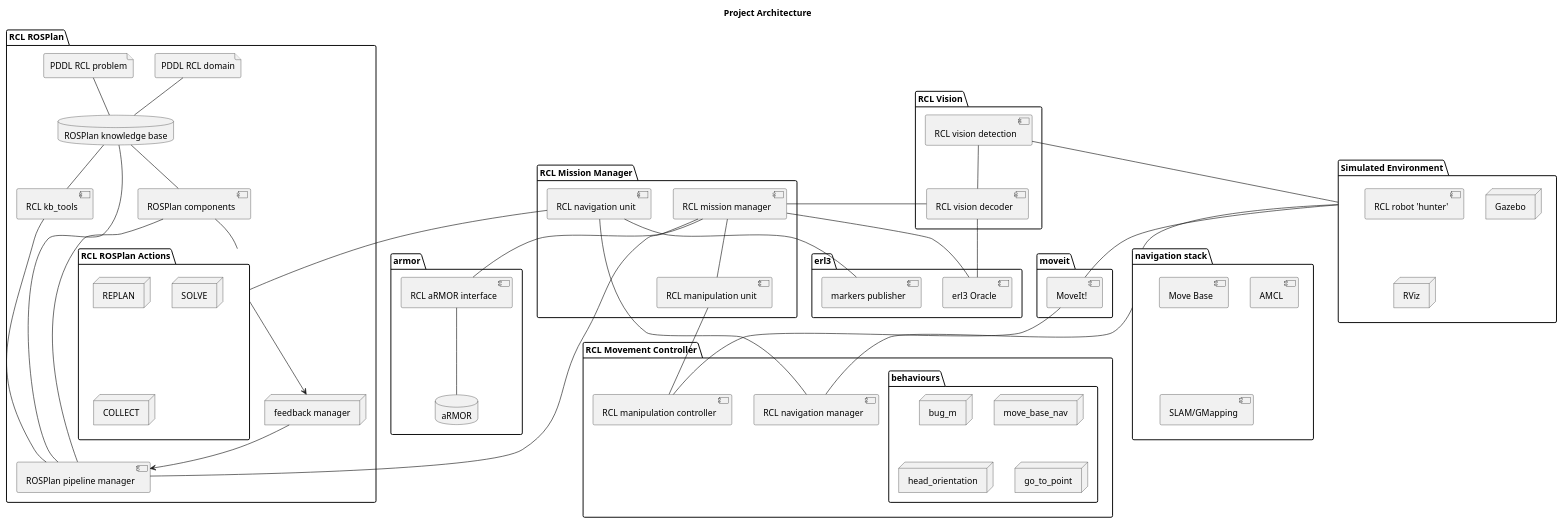
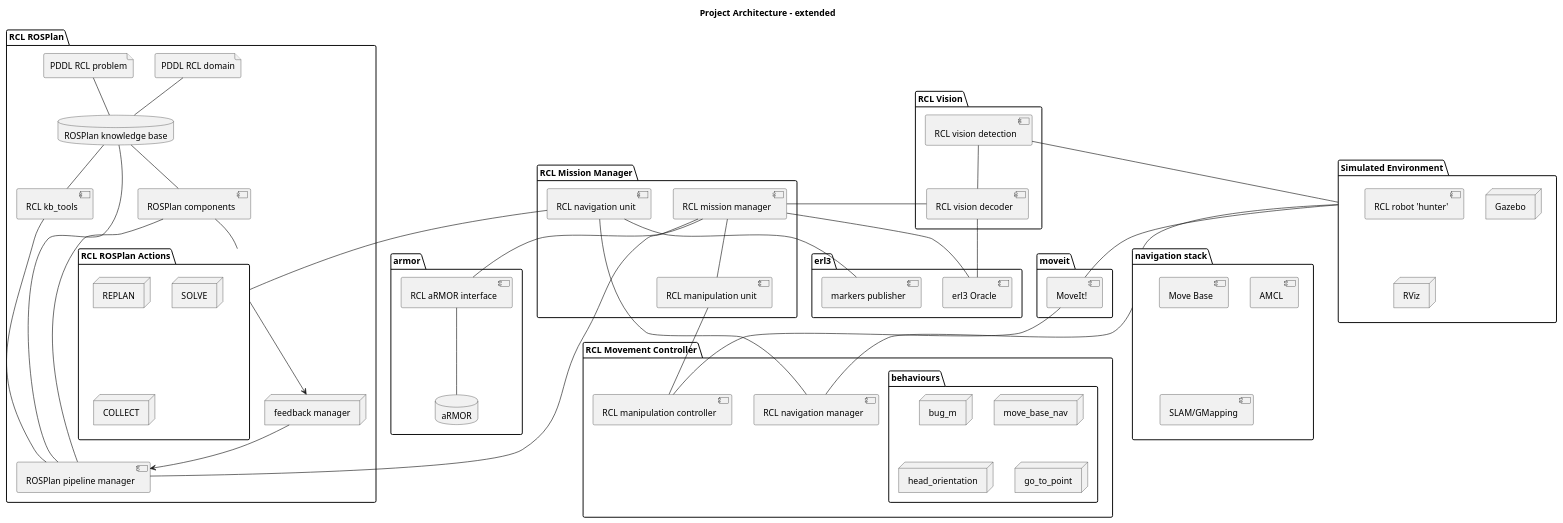
Before and after one commit to programmatoroSeduto/ExperimentalRoboticsLab-Assignment-3: the second of 10 diagrams in README.md, drawn with PlantUML. The commit also changed other lines of this file and 103 other files, not shown here.

Commit message:
documentation (landmarks execution diagram)

```diff
--- a/README.md
+++ b/README.md
@@ -200,7 +200,7 @@
 @startuml
 
 ''' INFOS
-title Project Architecture
+title Project Architecture - extended
 ''' skinparam Padding 8
 allow_mixing
 
```
